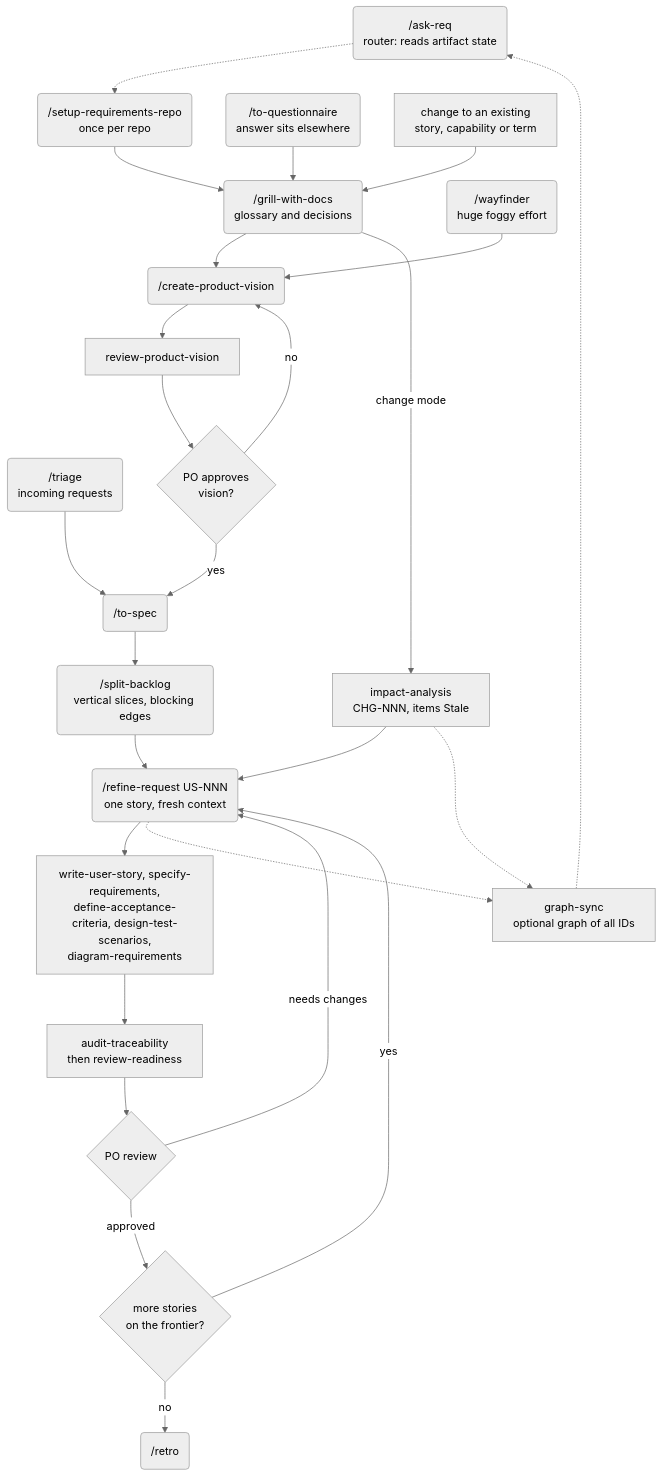
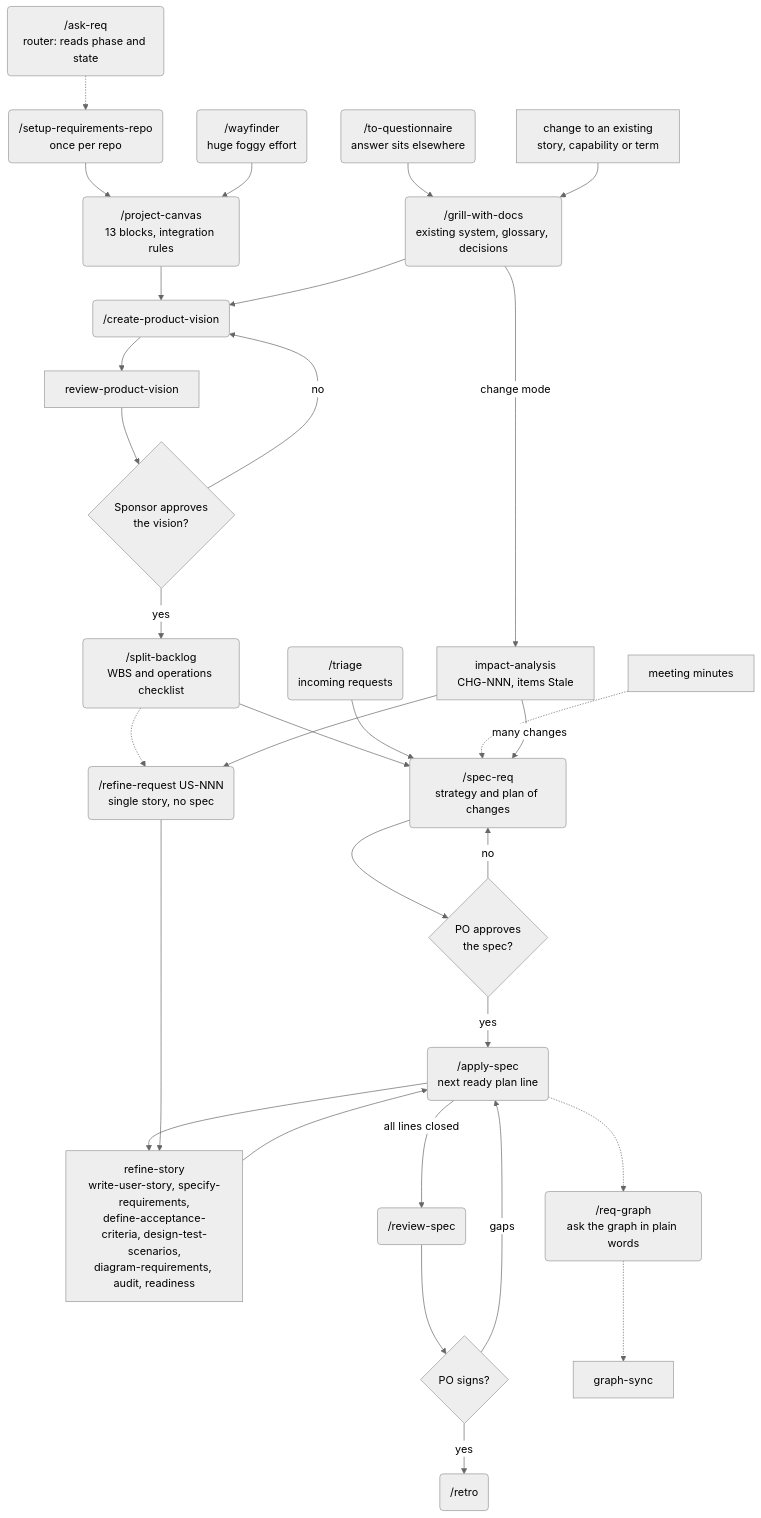
Before and after one commit to gugaucb/requirements-skills: the diagram in README.md, drawn with Mermaid (neutral theme). The commit also changed other lines of this file and 117 other files, not shown here.

````diff
--- a/README.md
+++ b/README.md
@@ -28,28 +28,33 @@
 ```mermaid
 flowchart TD
-  ASK("/ask-req<br/>router: reads artifact state") -.-> SETUP
-  SETUP("/setup-requirements-repo<br/>once per repo") --> GRILL
+  ASK("/ask-req<br/>router: reads phase and state") -.-> SETUP
+  SETUP("/setup-requirements-repo<br/>once per repo") --> CANVAS
+  WAY("/wayfinder<br/>huge foggy effort") --> CANVAS
+  CANVAS("/project-canvas<br/>13 blocks, integration rules") --> VISION("/create-product-vision")
+  GRILL("/grill-with-docs<br/>existing system, glossary, decisions") --> VISION
+  QUEST("/to-questionnaire<br/>answer sits elsewhere") --> GRILL
+  VISION --> RVIS["review-product-vision"]
+  RVIS --> PO1{"Sponsor approves<br/>the vision?"}
+  PO1 -- "no" --> VISION
+  PO1 -- "yes" --> SPLIT("/split-backlog<br/>WBS and operations checklist")
+  SPLIT --> SPEC("/spec-req<br/>strategy and plan of changes")
   TRIAGE("/triage<br/>incoming requests") --> SPEC
-  WAY("/wayfinder<br/>huge foggy effort") --> VISION
-  QUEST("/to-questionnaire<br/>answer sits elsewhere") --> GRILL
-  GRILL("/grill-with-docs<br/>glossary and decisions") --> VISION("/create-product-vision")
-  VISION --> RVIS["review-product-vision"]
-  RVIS --> PO1{"PO approves<br/>vision?"}
-  PO1 -- "no" --> VISION
-  PO1 -- "yes" --> SPEC("/to-spec")
-  SPEC --> SLICE("/split-backlog<br/>vertical slices, blocking edges")
-  SLICE --> REFINE("/refine-request US-NNN<br/>one story, fresh context")
-  REFINE --> BUILD["write-user-story, specify-requirements,<br/>define-acceptance-criteria, design-test-scenarios,<br/>diagram-requirements"]
-  BUILD --> AUDIT["audit-traceability<br/>then review-readiness"]
-  AUDIT --> PO2{"PO review"}
-  PO2 -- "needs changes" --> REFINE
-  PO2 -- "approved" --> MORE{"more stories<br/>on the frontier?"}
-  MORE -- "yes" --> REFINE
-  MORE -- "no" --> RETRO("/retro")
+  MIN["meeting minutes"] -.-> SPEC
+  SPEC --> PO2{"PO approves<br/>the spec?"}
+  PO2 -- "no" --> SPEC
+  PO2 -- "yes" --> APPLY("/apply-spec<br/>next ready plan line")
+  APPLY --> STORY["refine-story<br/>write-user-story, specify-requirements,<br/>define-acceptance-criteria, design-test-scenarios,<br/>diagram-requirements, audit, readiness"]
+  STORY --> APPLY
+  APPLY -- "all lines closed" --> REVIEW("/review-spec")
+  REVIEW --> PO3{"PO signs?"}
+  PO3 -- "gaps" --> APPLY
+  PO3 -- "yes" --> RETRO("/retro")
+  SPLIT -.-> REFINE("/refine-request US-NNN<br/>single story, no spec")
+  REFINE --> STORY
   CHANGE["change to an existing<br/>story, capability or term"] --> GRILL
   GRILL -- "change mode" --> IMPACT["impact-analysis<br/>CHG-NNN, items Stale"]
   IMPACT --> REFINE
-  IMPACT -.-> GS["graph-sync<br/>optional graph of all IDs"]
-  REFINE -.-> GS
-  GS -.-> ASK
+  IMPACT -- "many changes" --> SPEC
+  APPLY -.-> RG("/req-graph<br/>ask the graph in plain words")
+  RG -.-> GS["graph-sync"]
 ```
````
